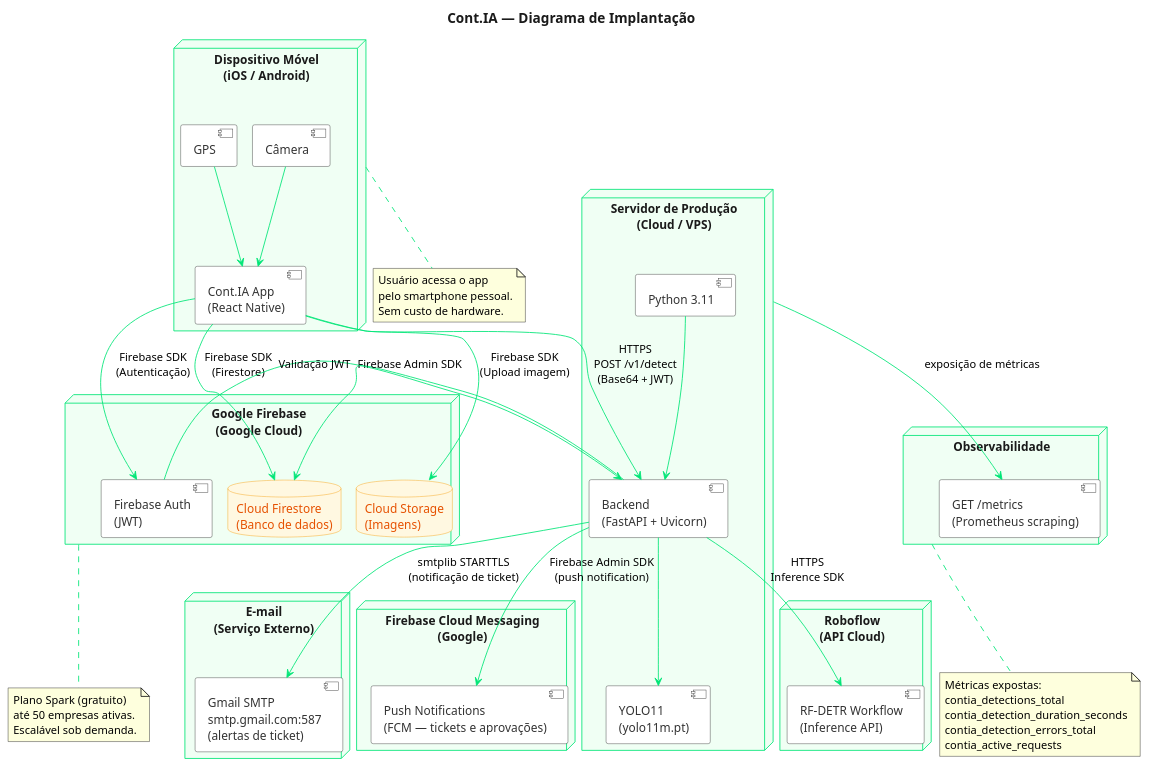
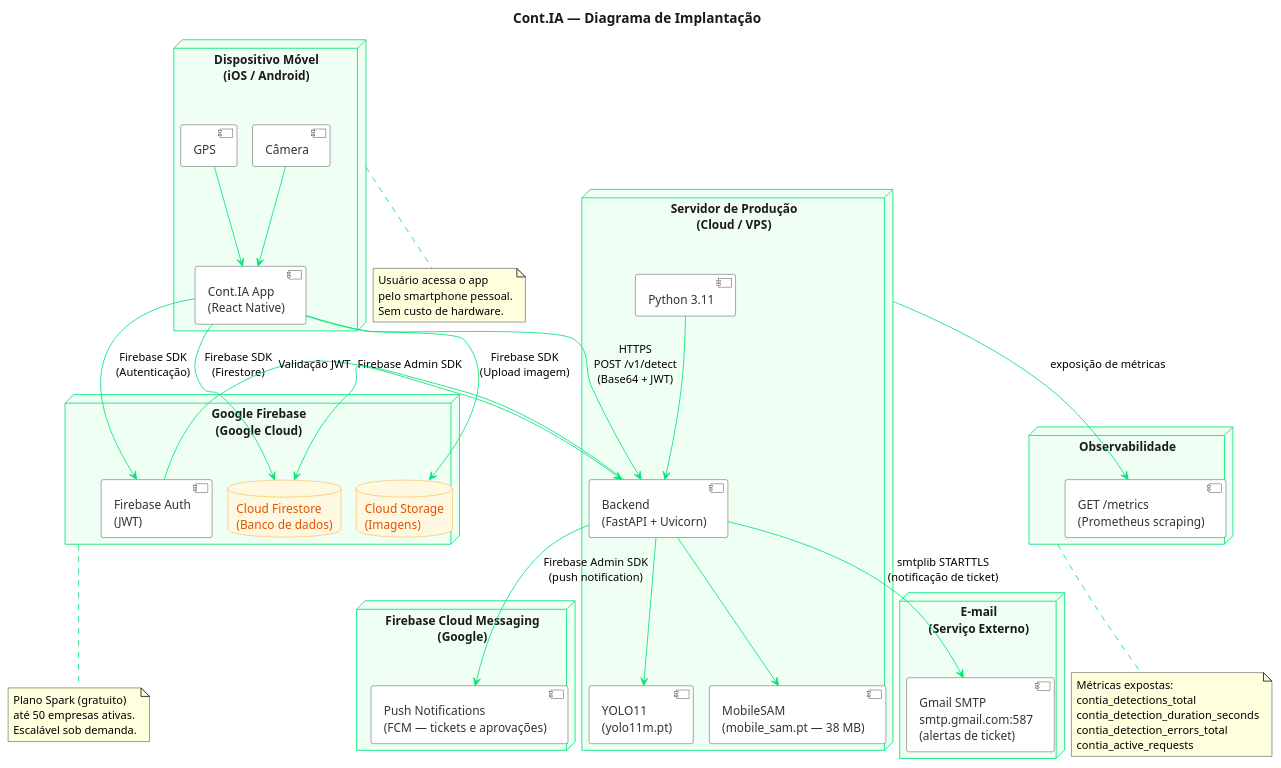
One commit to JuBertoldo/cont-ia changed the diagram in docs/diagramas/05_implantacao.puml. Above: the diagram before and after it, drawn with PlantUML. The commit also changed 8 other files, not shown here.

First line of the commit message:
docs(diagramas): atualizar 9 diagramas PlantUML para pipeline YOLO11 + MobileSAM

```diff
--- a/docs/diagramas/05_implantacao.puml
+++ b/docs/diagramas/05_implantacao.puml
@@ -1,91 +1,88 @@
 @startuml 05_implantacao
 !pragma layout smetana
 title Cont.IA — Diagrama de Implantação
 
 skinparam backgroundColor #FFFFFF
 skinparam nodeBackgroundColor #F0FFF4
 skinparam nodeBorderColor #00E676
 skinparam nodeFontColor #1A1A1A
 skinparam componentBackgroundColor #FFFFFF
 skinparam componentBorderColor #333333
 skinparam componentFontColor #333333
 skinparam arrowColor #00E676
 skinparam titleFontColor #1A1A1A
 skinparam titleFontSize 16
 skinparam artifactBackgroundColor #1B5E3B
 skinparam artifactBorderColor #00E676
 skinparam artifactFontColor #F1F5F9
 skinparam databaseBackgroundColor #FFF8E1
 skinparam databaseBorderColor #F59E0B
 skinparam databaseFontColor #E65100
 
 node "Dispositivo Móvel\n(iOS / Android)" as DEVICE {
     component "Cont.IA App\n(React Native)" as APP
     component "Câmera" as CAM
     component "GPS" as GPS
     CAM --> APP
     GPS --> APP
 }
 
 node "Servidor de Produção\n(Cloud / VPS)" as SERVER {
     component "Backend\n(FastAPI + Uvicorn)" as API
     component "YOLO11\n(yolo11m.pt)" as YOLO
+    component "MobileSAM\n(mobile_sam.pt — 38 MB)" as SAM
     component "Python 3.11" as PY
     API --> YOLO
+    API --> SAM
     PY --> API
 }
 
 node "Google Firebase\n(Google Cloud)" as FIREBASE {
     database "Cloud Firestore\n(Banco de dados)" as FS
     database "Cloud Storage\n(Imagens)" as STORAGE
     component "Firebase Auth\n(JWT)" as AUTH
-}
-
-node "Roboflow\n(API Cloud)" as ROBOFLOW {
-    component "RF-DETR Workflow\n(Inference API)" as RFDETR
 }
 
 node "E-mail\n(Serviço Externo)" as EMAIL {
     component "Gmail SMTP\nsmtp.gmail.com:587\n(alertas de ticket)" as SMTP
 }
 
 node "Firebase Cloud Messaging\n(Google)" as FCM {
     component "Push Notifications\n(FCM — tickets e aprovações)" as PUSH
 }
 
 node "Observabilidade" as OBS {
     component "GET /metrics\n(Prometheus scraping)" as PROM
 }
 
 APP --> API : HTTPS\nPOST /v1/detect\n(Base64 + JWT)
-API --> RFDETR : HTTPS\nInference SDK
 API --> FS : Firebase Admin SDK
 APP --> FS : Firebase SDK\n(Firestore)
 APP --> STORAGE : Firebase SDK\n(Upload imagem)
 APP --> AUTH : Firebase SDK\n(Autenticação)
 AUTH --> API : Validação JWT
 API --> SMTP : smtplib STARTTLS\n(notificação de ticket)
 API --> PUSH : Firebase Admin SDK\n(push notification)
 SERVER --> PROM : exposição de métricas
 
 note bottom of DEVICE
   Usuário acessa o app
   pelo smartphone pessoal.
   Sem custo de hardware.
 end note
 
 note bottom of FIREBASE
   Plano Spark (gratuito)
   até 50 empresas ativas.
   Escalável sob demanda.
 end note
 
 note bottom of OBS
   Métricas expostas:
   contia_detections_total
   contia_detection_duration_seconds
   contia_detection_errors_total
   contia_active_requests
 end note
 
 @enduml
```
